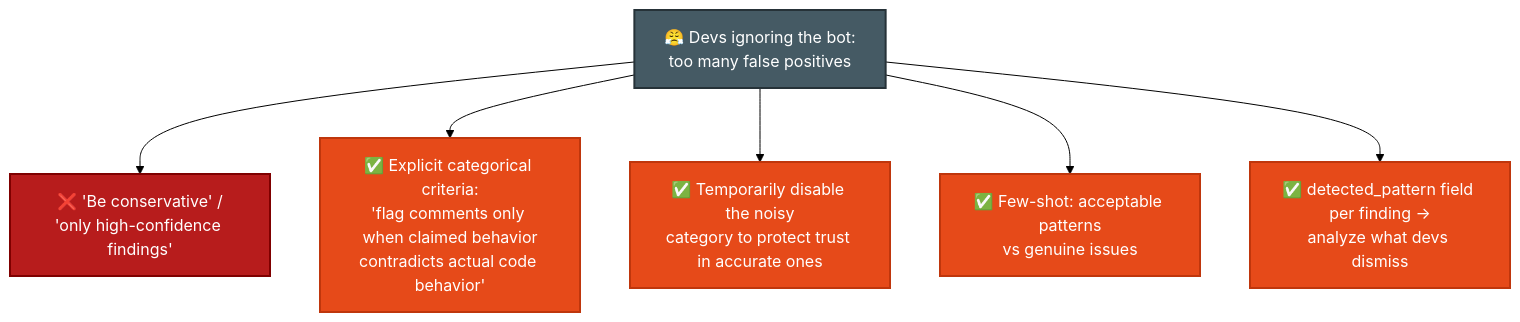
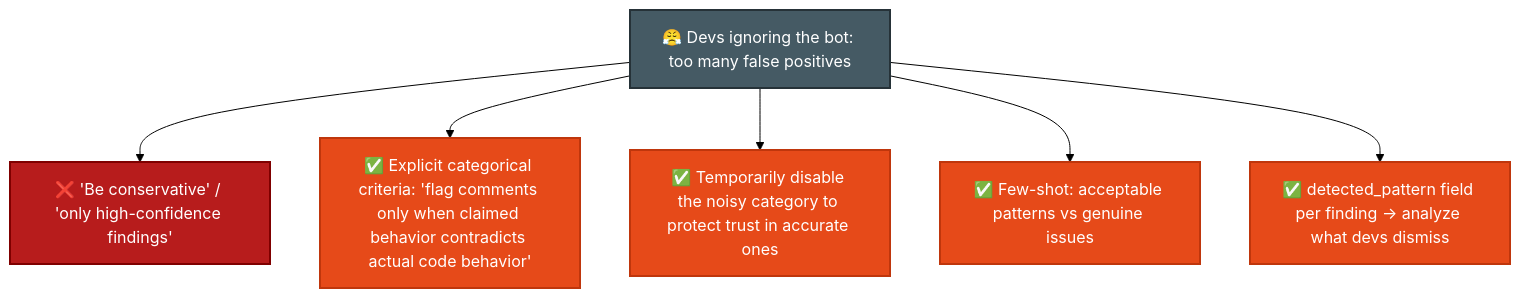
Before and after one commit to parmar-m/claude-architect-certification-prep: the second of 2 diagrams in CCA-F/scenarios/s5-ci-cd.md, drawn with Mermaid (forest theme). The commit also changed other lines of this file and 25 other files, not shown here.

````diff
--- a/CCA-F/scenarios/s5-ci-cd.md
+++ b/CCA-F/scenarios/s5-ci-cd.md
@@ -31,14 +31,14 @@
 ```mermaid
 flowchart TD
-    FP["😤 Devs ignoring the bot:<br/>too many false positives"] --> W1["❌ 'Be conservative' /<br/>'only high-confidence findings'"]
-    FP --> R1["✅ Explicit categorical criteria:<br/>'flag comments only when claimed behavior<br/>contradicts actual code behavior'"]
-    FP --> R2["✅ Temporarily disable the noisy<br/>category to protect trust in accurate ones"]
-    FP --> R3["✅ Few-shot: acceptable patterns<br/>vs genuine issues"]
-    FP --> R4["✅ detected_pattern field per finding →<br/>analyze what devs dismiss"]
+    FP["😤 Devs ignoring the bot: too many false positives"] --> W1["❌ 'Be conservative' / 'only high-confidence findings'"]
+    FP --> R1["✅ Explicit categorical criteria: 'flag comments only when claimed behavior contradicts actual code behavior'"]
+    FP --> R2["✅ Temporarily disable the noisy category to protect trust in accurate ones"]
+    FP --> R3["✅ Few-shot: acceptable patterns vs genuine issues"]
+    FP --> R4["✅ detected_pattern field per finding → analyze what devs dismiss"]
     classDef bad fill:#B71C1C,color:#fff,stroke:#7F0000,stroke-width:2px
     classDef good fill:#E64A19,color:#fff,stroke:#BF360C,stroke-width:2px
     classDef n fill:#455A64,color:#fff,stroke:#263238,stroke-width:2px
     class W1 bad
     class R1,R2,R3,R4 good
     class FP n
 ```
````
